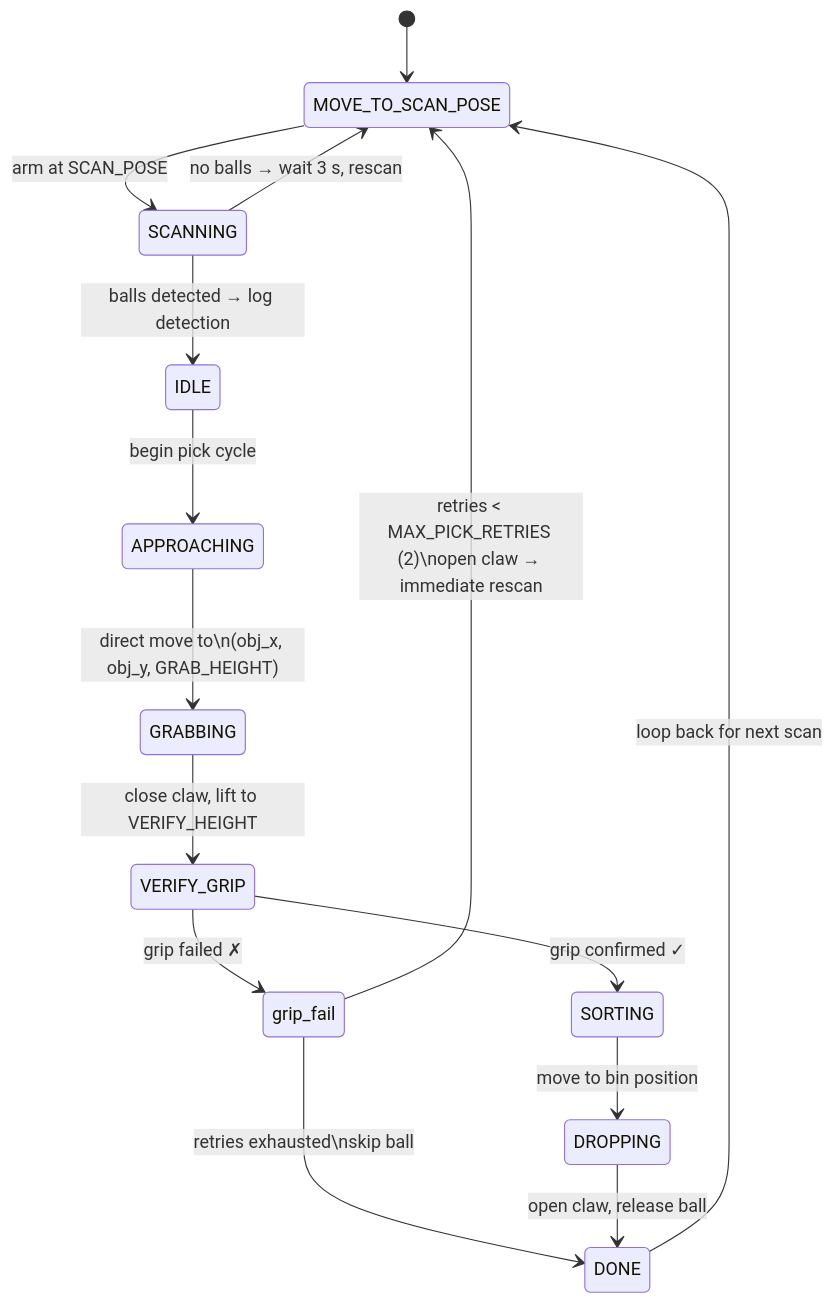
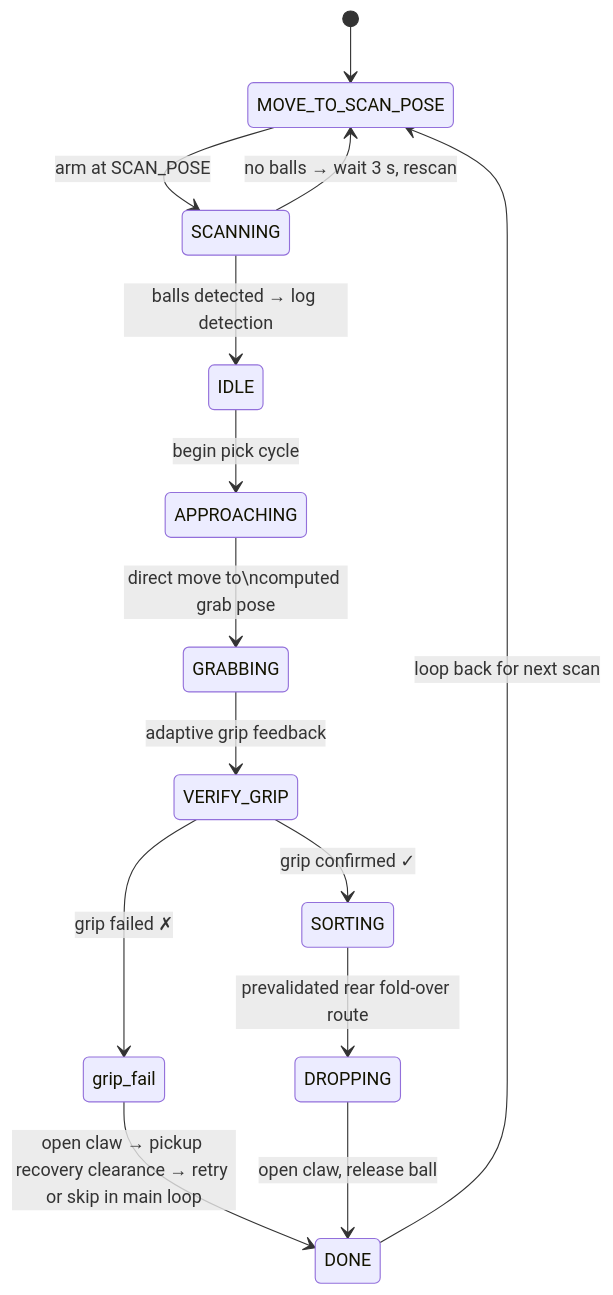
The second of 2 diagrams in docs/architecture.md (saywha90/Bachelor_prosjekt), drawn with Mermaid before and after one commit. The commit also changed other lines of this file and 18 other files, not shown here.

First line of the commit message:
docs(architecture): document rear fold-over routing and updated arm config

````diff
--- a/docs/architecture.md
+++ b/docs/architecture.md
@@ -280,28 +283,27 @@
 ```mermaid
 stateDiagram-v2
     [*] --> MOVE_TO_SCAN_POSE
 
     MOVE_TO_SCAN_POSE --> SCANNING : arm at SCAN_POSE
 
     SCANNING --> IDLE : balls detected → log detection
     SCANNING --> MOVE_TO_SCAN_POSE : no balls → wait 3 s, rescan
 
     IDLE --> APPROACHING : begin pick cycle
 
-    APPROACHING --> GRABBING : direct move to\n(obj_x, obj_y, GRAB_HEIGHT)
+    APPROACHING --> GRABBING : direct move to\ncomputed grab pose
 
-    GRABBING --> VERIFY_GRIP : close claw, lift to VERIFY_HEIGHT
+    GRABBING --> VERIFY_GRIP : adaptive grip feedback
 
     VERIFY_GRIP --> SORTING : grip confirmed ✓
     VERIFY_GRIP --> grip_fail : grip failed ✗
 
     state grip_fail <<choice>>
-    grip_fail --> MOVE_TO_SCAN_POSE : retries < MAX_PICK_RETRIES (2)\nopen claw → immediate rescan
-    grip_fail --> DONE : retries exhausted\nskip ball
+    grip_fail --> DONE : open claw → pickup recovery clearance → retry or skip in main loop
 
-    SORTING --> DROPPING : move to bin position
+    SORTING --> DROPPING : prevalidated rear fold-over route
 
     DROPPING --> DONE : open claw, release ball
 
     DONE --> MOVE_TO_SCAN_POSE : loop back for next scan
 ```
````
